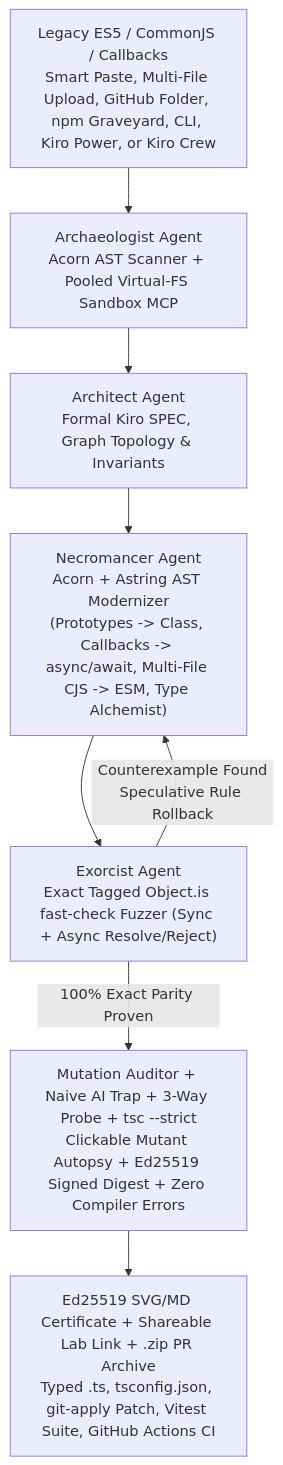
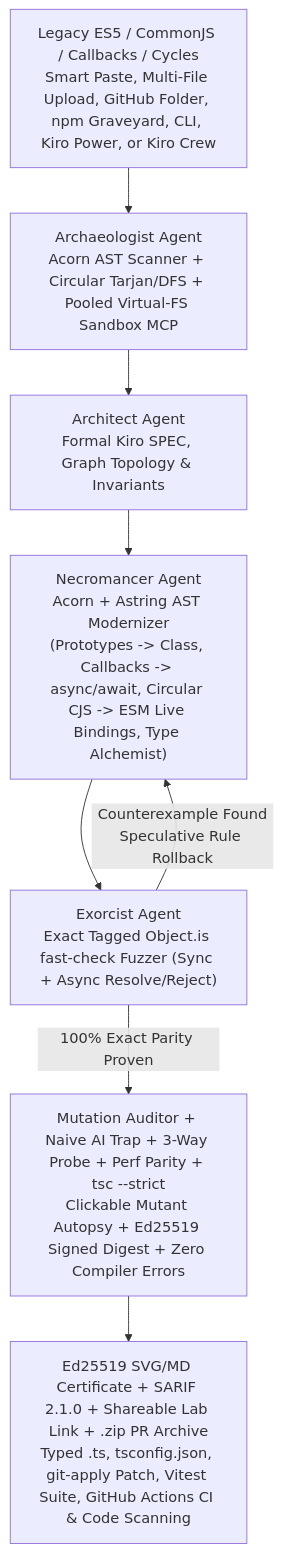
The diagram in README.md (anjarkar25-max/lazarus), drawn with Mermaid before and after one commit. The commit also changed other lines of this file, not shown here.

Commit message:
docs(readme): sync final V14 Studio (1,066 tests, 1,145 combined, 24 Kiro specs, circular CJS cycles, SARIF 2.1.0, perf parity)

````diff
--- a/README.md
+++ b/README.md
@@ -11,10 +11,10 @@
 ```mermaid
 flowchart TD
-    A["Legacy ES5 / CommonJS / Callbacks<br/>Smart Paste, Multi-File Upload, GitHub Folder, npm Graveyard, CLI, Kiro Power, or Kiro Crew"] --> B["Archaeologist Agent<br/>Acorn AST Scanner + Pooled Virtual-FS Sandbox MCP"]
+    A["Legacy ES5 / CommonJS / Callbacks / Cycles<br/>Smart Paste, Multi-File Upload, GitHub Folder, npm Graveyard, CLI, Kiro Power, or Kiro Crew"] --> B["Archaeologist Agent<br/>Acorn AST Scanner + Circular Tarjan/DFS + Pooled Virtual-FS Sandbox MCP"]
     B --> C["Architect Agent<br/>Formal Kiro SPEC, Graph Topology & Invariants"]
-    C --> D["Necromancer Agent<br/>Acorn + Astring AST Modernizer<br/>(Prototypes -> Class, Callbacks -> async/await, Multi-File CJS -> ESM, Type Alchemist)"]
+    C --> D["Necromancer Agent<br/>Acorn + Astring AST Modernizer<br/>(Prototypes -> Class, Callbacks -> async/await, Circular CJS -> ESM Live Bindings, Type Alchemist)"]
     D --> E["Exorcist Agent<br/>Exact Tagged Object.is fast-check Fuzzer (Sync + Async Resolve/Reject)"]
     E -- "Counterexample Found<br/>Speculative Rule Rollback" --> D
-    E -- "100% Exact Parity Proven" --> F["Mutation Auditor + Naive AI Trap + 3-Way Probe + tsc --strict<br/>Clickable Mutant Autopsy + Ed25519 Signed Digest + Zero Compiler Errors"]
-    F --> G["Ed25519 SVG/MD Certificate + Shareable Lab Link + .zip PR Archive<br/>Typed .ts, tsconfig.json, git-apply Patch, Vitest Suite, GitHub Actions CI"]
+    E -- "100% Exact Parity Proven" --> F["Mutation Auditor + Naive AI Trap + 3-Way Probe + Perf Parity + tsc --strict<br/>Clickable Mutant Autopsy + Ed25519 Signed Digest + Zero Compiler Errors"]
+    F --> G["Ed25519 SVG/MD Certificate + SARIF 2.1.0 + Shareable Lab Link + .zip PR Archive<br/>Typed .ts, tsconfig.json, git-apply Patch, Vitest Suite, GitHub Actions CI & Code Scanning"]
 ```
````
